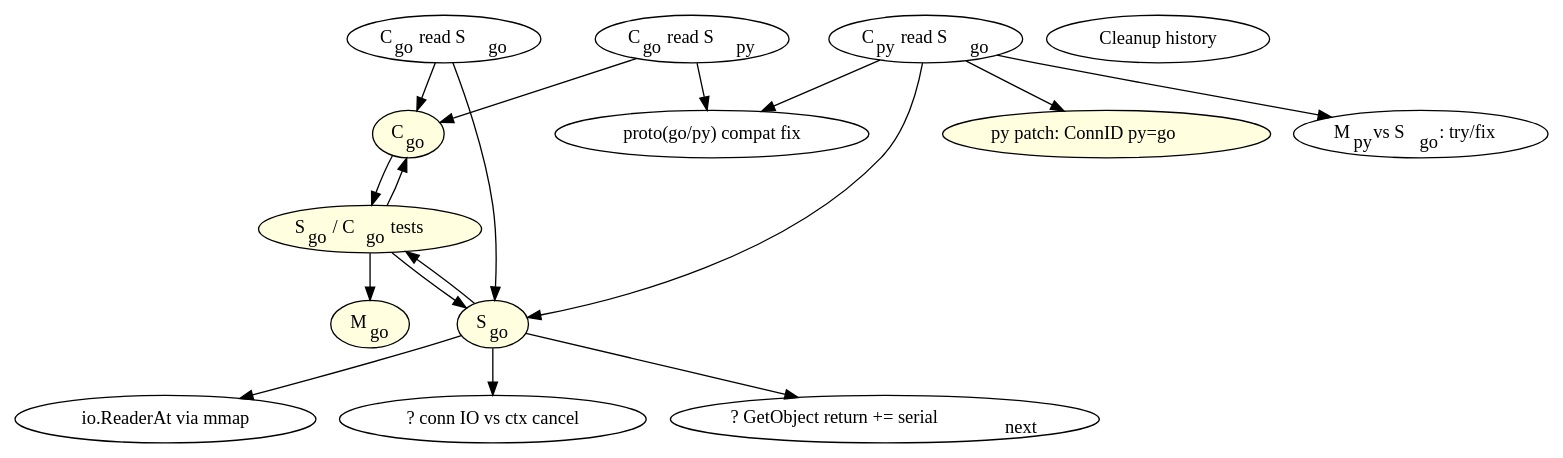
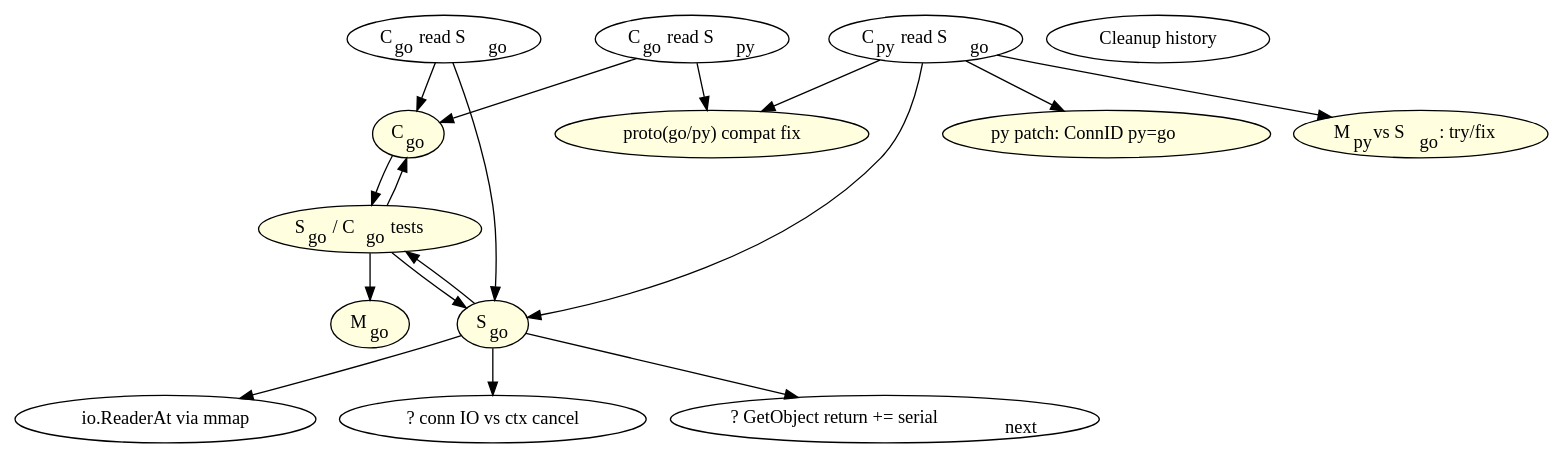
One commit to Nexedi/neoppod changed the diagram in go/todo.dot. Above: the diagram before and after it, drawn with Graphviz. The commit also changed 1 other file, not shown here.

```diff
--- a/go/todo.dot
+++ b/go/todo.dot
@@ -1,42 +1,42 @@
 digraph {
 	Cgo -> SCgo_t;
 	Sgo -> SCgo_t;
 
 	SCgo_t -> Mgo;
 	SCgo_t -> Sgo;
 	SCgo_t -> Cgo;
 
 	Sgo -> Mmap_go;
 	Sgo -> io_cancel;
 	Sgo -> load_serial_next;
 
 	Cpy_r_Sgo -> Sgo;
 	Cpy_r_Sgo -> Protog_fix;
 	Cpy_r_Sgo -> Cpy_patch;
 	Cpy_r_Sgo -> Mpy_vs_Sgo;
 
 	Cgo_r_Sgo -> Cgo;
 	Cgo_r_Sgo -> Sgo;		
 
 	Cgo_r_Spy -> Cgo;
 	Cgo_r_Spy -> Protog_fix;
 
 	Cgo		[label=<C<sub>go</sub>> style=filled fillcolor=lightyellow];
 	Sgo		[label=<S<sub>go</sub>> style=filled fillcolor=lightyellow];
 	Mgo		[label=<M<sub>go</sub>> style=filled fillcolor=lightyellow];
 	SCgo_t		[label=<S<sub>go</sub>  / C<sub>go</sub>  tests> style=filled fillcolor=lightyellow];
 	Cpy_r_Sgo	[label=<C<sub>py</sub>  read S<sub>go</sub>>];
 	Cgo_r_Sgo	[label=<C<sub>go</sub>  read S<sub>go</sub>>];
 	Cgo_r_Spy	[label=<C<sub>go</sub>  read S<sub>py</sub>>];
 	Cleanup		[label="Cleanup history"];
 	Cpy_patch	[label=<py patch: ConnID py=go> style=filled fillcolor=lightyellow];	// C<sub>py</sub>  patch for ConnID interop. with S<sub>go</sub>>];
 	Mmap_go		[label="io.ReaderAt via mmap"];
-	Protog_fix	[label="proto(go/py) compat fix"];
-	Mpy_vs_Sgo	[label=<M<sub>py</sub> vs S<sub>go</sub>: try/fix>];
+	Protog_fix	[label="proto(go/py) compat fix" style=filled fillcolor=lightyellow];
+	Mpy_vs_Sgo	[label=<M<sub>py</sub> vs S<sub>go</sub>: try/fix> style=filled fillcolor=lightyellow];
 
 	io_cancel		[label="? conn IO vs ctx cancel"];
 	load_serial_next	[label=<? GetObject return += serial<sub>next</sub>>];
 
 	//Cgo -> Cgo_tasks;
 	//Cgo_tasks	[label="- talkMaster\n- update nodeTab/partTab\n- dial S on demand\n..." style=filled fillcolor=lightyellow];
 }
```
